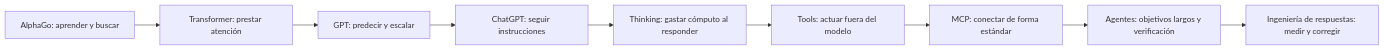
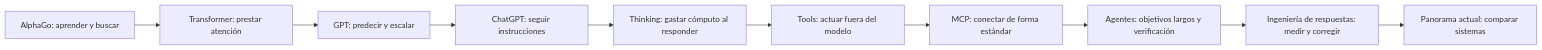
The diagram in README.md (oiborram/atlas-ia), drawn with Mermaid before and after one commit. The commit also changed other lines of this file and 11 other files, not shown here.

````diff
--- a/README.md
+++ b/README.md
@@ -33,11 +34,12 @@
 ```mermaid
 flowchart LR
     A[AlphaGo: aprender y buscar] --> B[Transformer: prestar atención]
     B --> C[GPT: predecir y escalar]
     C --> D[ChatGPT: seguir instrucciones]
     D --> E[Thinking: gastar cómputo al responder]
     E --> F[Tools: actuar fuera del modelo]
     F --> G[MCP: conectar de forma estándar]
     G --> H[Agentes: objetivos largos y verificación]
     H --> I[Ingeniería de respuestas: medir y corregir]
+    I --> J[Panorama actual: comparar sistemas]
 ```
````
